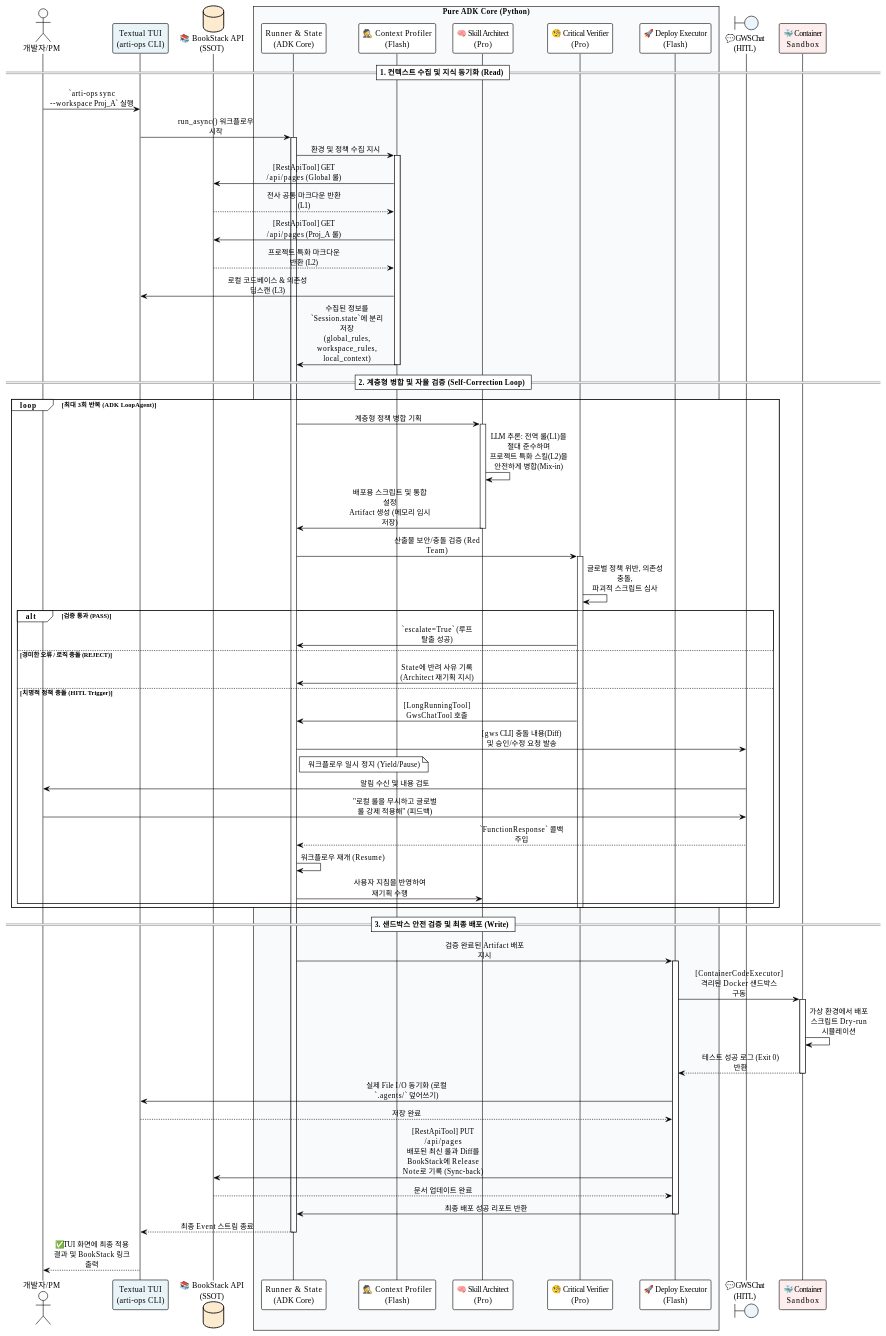
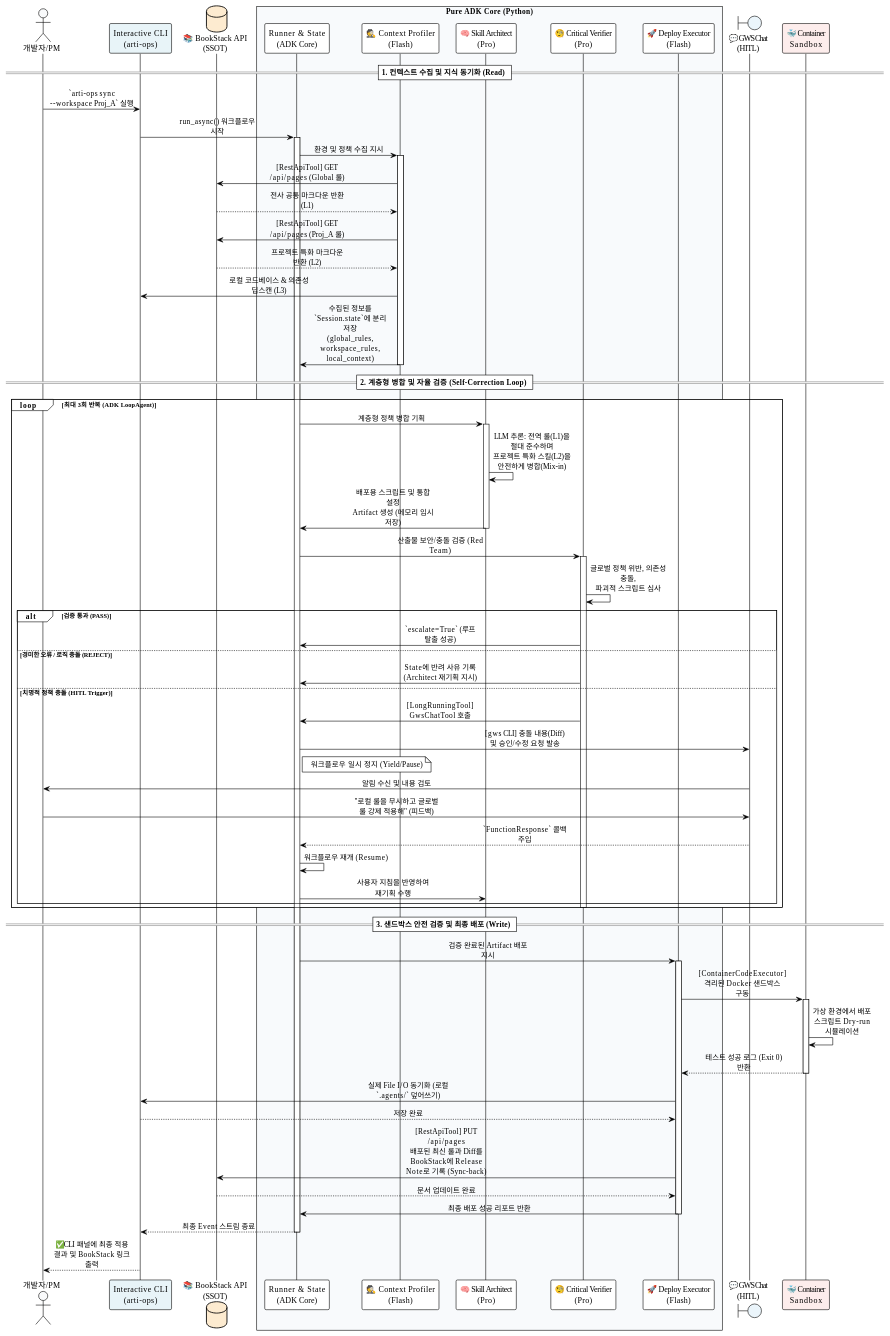
Before and after one commit to SaAkSin/arti-ops: the diagram in SSD.md, drawn with PlantUML. The commit also changed other lines of this file and 6 other files, not shown here.

```diff
--- a/SSD.md
+++ b/SSD.md
@@ -69,7 +69,7 @@
 skinparam ParticipantPadding 10
 
 actor "개발자/PM" as User #F9FAFB
-participant "Textual TUI\n(arti-ops CLI)" as CLI #E8F4F8
+participant "Interactive CLI\n(arti-ops)" as CLI #E8F4F8
 database "📚 BookStack API\n(SSOT)" as Wiki #FDEBD0
 
 box "Pure ADK Core (Python)" #F8FAFC
@@ -145,7 +145,7 @@
 
 ADK --> CLI : 최종 Event 스트림 종료
 deactivate ADK
-CLI --> User : ✅ TUI 화면에 최종 적용 결과 및 BookStack 링크 출력
+CLI --> User : ✅ CLI 패널에 최종 적용 결과 및 BookStack 링크 출력
 
 @enduml
 
```
